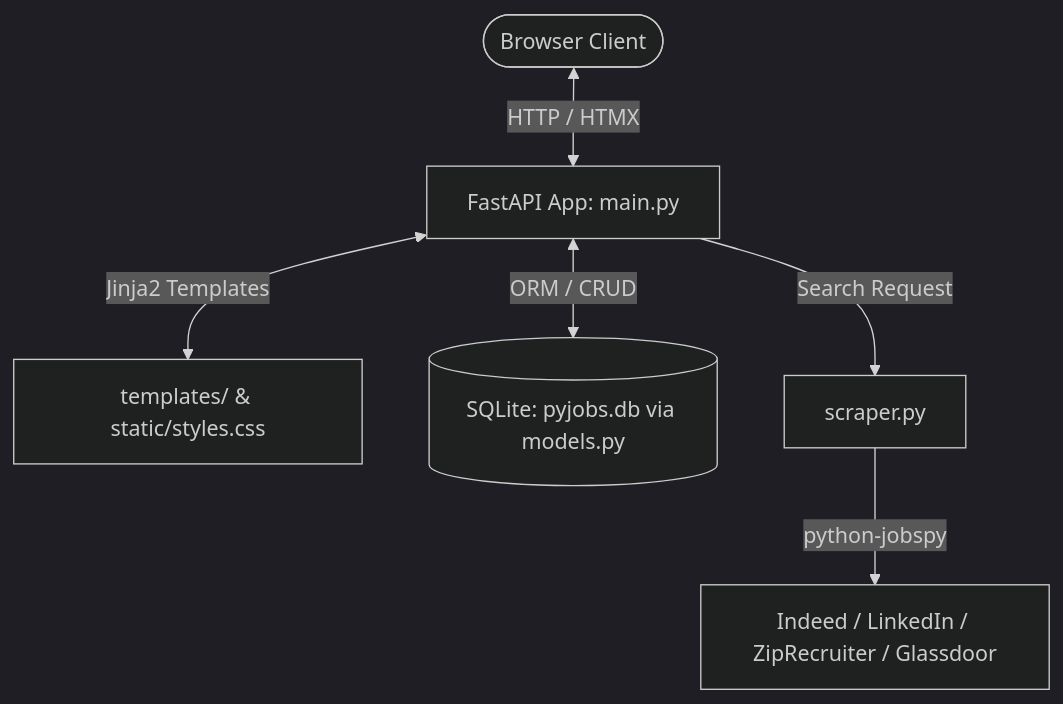
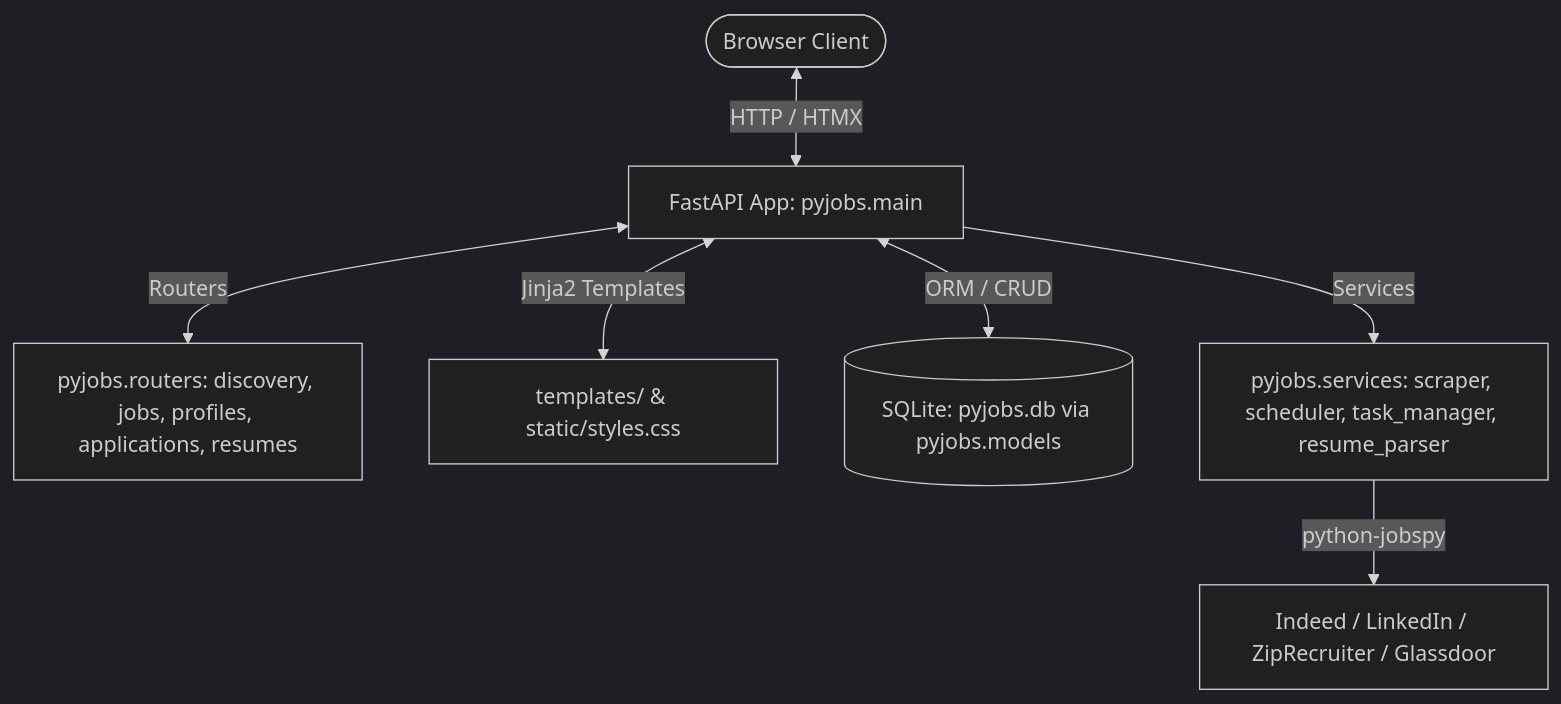
One commit to DCarist/PyJobs changed the diagram in project-overview.md. Above: the diagram before and after it, drawn with Mermaid (dark theme). The commit also changed other lines of this file and 34 other files, not shown here.

````diff
--- a/project-overview.md
+++ b/project-overview.md
@@ -18,8 +21,9 @@
 ```mermaid
 graph TD
-    User([Browser Client]) <-->|HTTP / HTMX| FastAPI[FastAPI App: main.py]
+    User([Browser Client]) <-->|HTTP / HTMX| FastAPI[FastAPI App: pyjobs.main]
+    FastAPI <-->|Routers| Routers[pyjobs.routers: discovery, jobs, profiles, applications, resumes]
     FastAPI <-->|Jinja2 Templates| UI[templates/ & static/styles.css]
-    FastAPI <-->|ORM / CRUD| DB[(SQLite: pyjobs.db via models.py)]
-    FastAPI -->|Search Request| Scraper[scraper.py]
-    Scraper -->|python-jobspy| Sites["Indeed / LinkedIn / ZipRecruiter / Glassdoor"]
+    FastAPI <-->|ORM / CRUD| DB[(SQLite: pyjobs.db via pyjobs.models)]
+    FastAPI -->|Services| Services[pyjobs.services: scraper, scheduler, task_manager, resume_parser]
+    Services -->|python-jobspy| Sites["Indeed / LinkedIn / ZipRecruiter / Glassdoor"]
 ```
````
